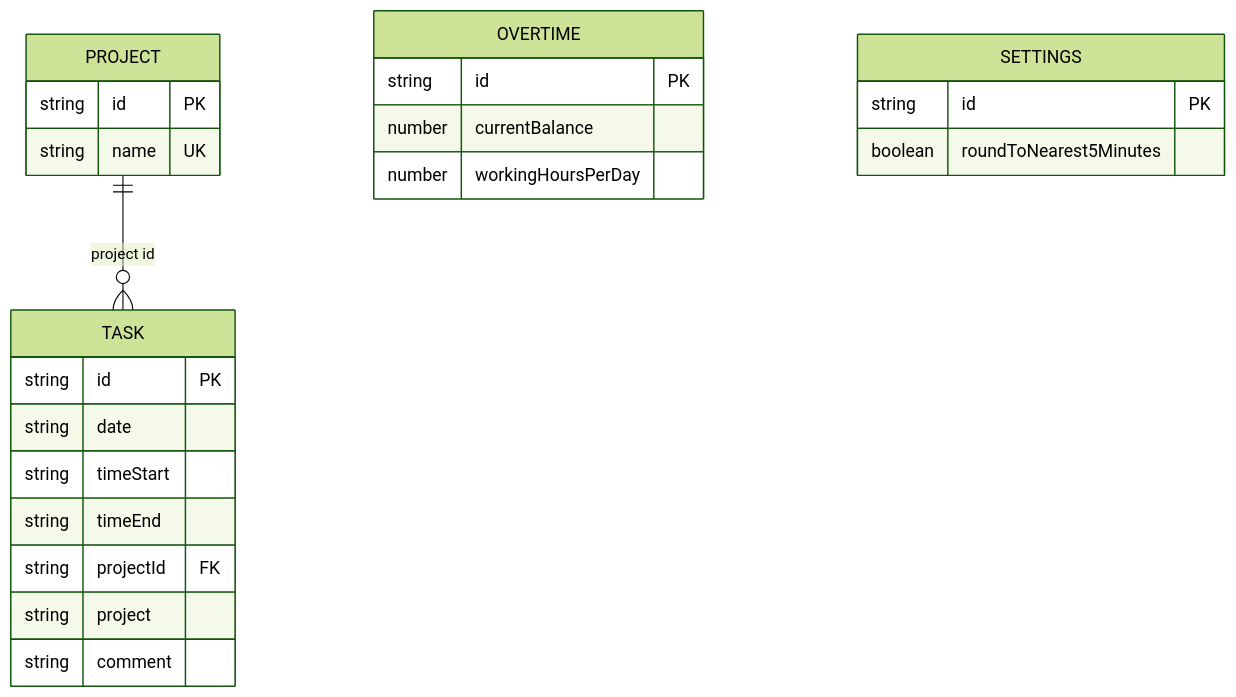
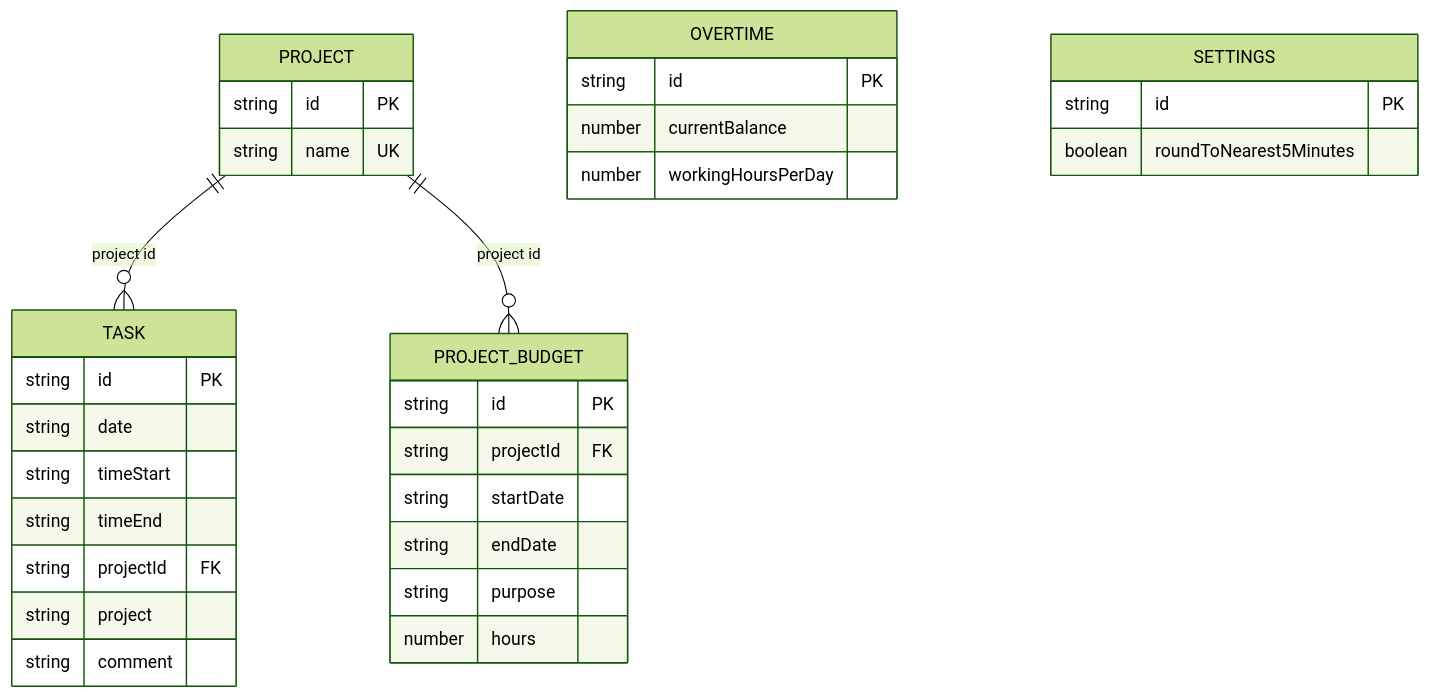
Before and after one commit to dArignac/effortum: the diagram in docs/architecture.md, drawn with Mermaid (forest theme). The commit also changed other lines of this file and 22 other files, not shown here.

Commit message:
feat(budgets): add project budget persistence and dedicated budget management page (#264) (#266)

````diff
--- a/docs/architecture.md
+++ b/docs/architecture.md
@@ -18,30 +18,40 @@
 ```mermaid
 erDiagram
   PROJECT ||--o{ TASK : "project id"
+  PROJECT ||--o{ PROJECT_BUDGET : "project id"
 
   PROJECT {
     string id PK
     string name UK
   }
 
   TASK {
     string id PK
     string date
     string timeStart
     string timeEnd
     string projectId FK
     string project
     string comment
   }
 
+  PROJECT_BUDGET {
+    string id PK
+    string projectId FK
+    string startDate
+    string endDate
+    string purpose
+    number hours
+  }
+
   OVERTIME {
     string id PK
     number currentBalance
     number workingHoursPerDay
   }
 
   SETTINGS {
     string id PK
     boolean roundToNearest5Minutes
   }
 ```
````
